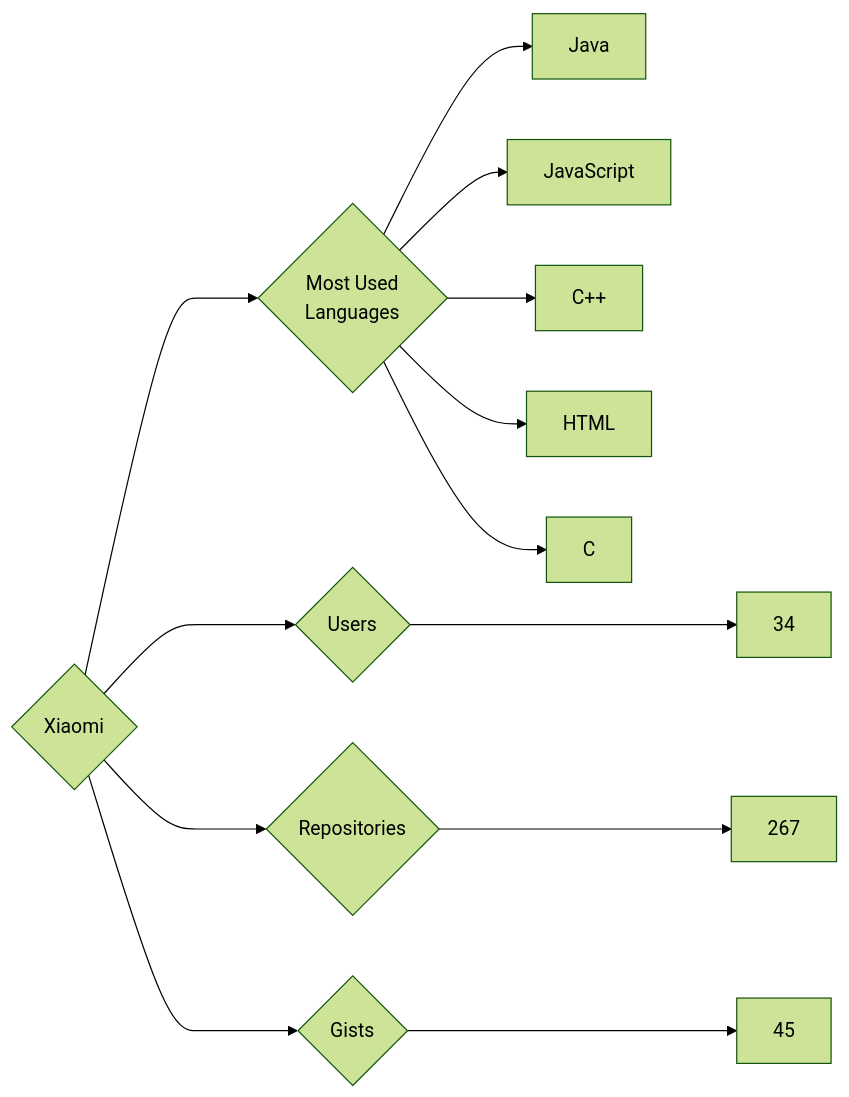
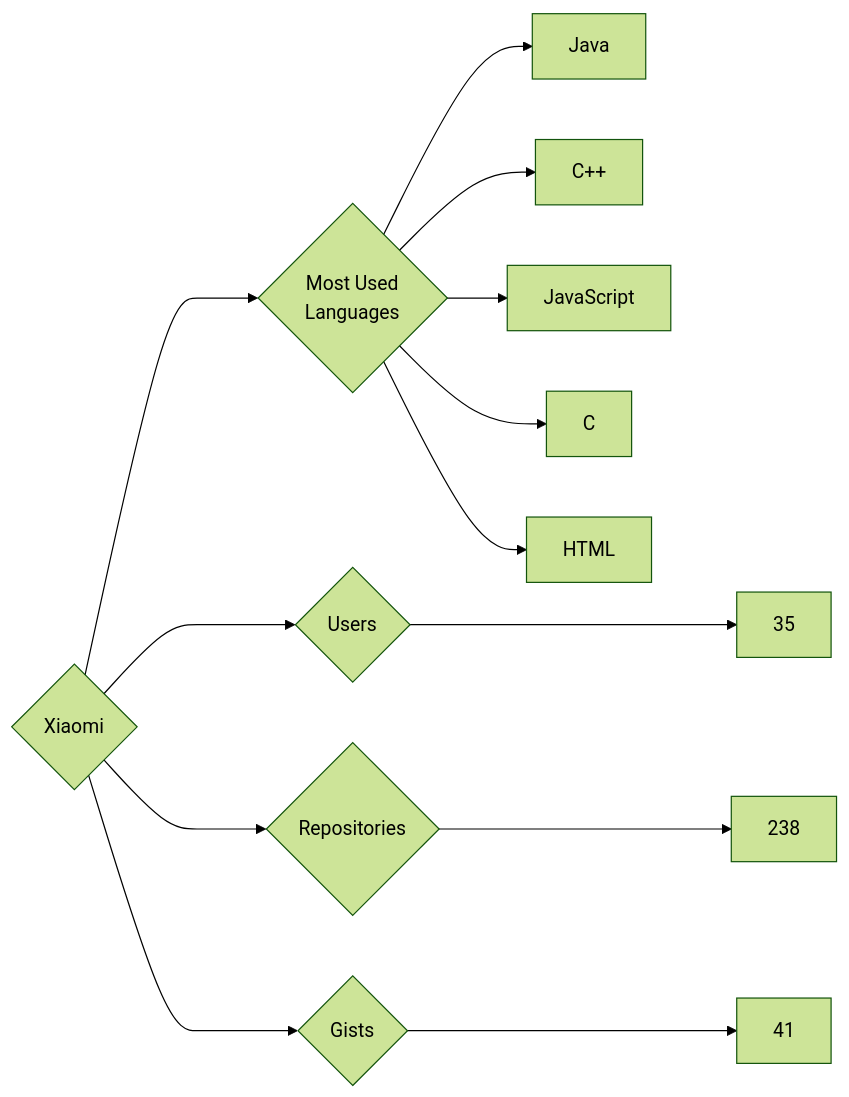
The diagram in targets/Xiaomi/README.md (trickest/insiders), drawn with Mermaid (forest theme) before and after one commit. The commit also changed 928 other files, not shown here.

````diff
--- a/targets/Xiaomi/README.md
+++ b/targets/Xiaomi/README.md
@@ -3,13 +3,13 @@
 ```mermaid
 graph LR
 COMPANY_NAME{Xiaomi}
-COMPANY_NAME ---> U{Users} ---> UN[34]
-COMPANY_NAME ---> R{Repositories} ---> RN[267]
-COMPANY_NAME ---> G{Gists} ---> GN[45]
+COMPANY_NAME ---> U{Users} ---> UN[35]
+COMPANY_NAME ---> R{Repositories} ---> RN[238]
+COMPANY_NAME ---> G{Gists} ---> GN[41]
 COMPANY_NAME ---> ML{Most Used<br>Languages}
 ML --> Java[Java]
+ML --> C++[C++]
 ML --> JavaScript[JavaScript]
-ML --> C++[C++]
+ML --> C[C]
 ML --> HTML[HTML]
-ML --> C[C]
 ```
````
